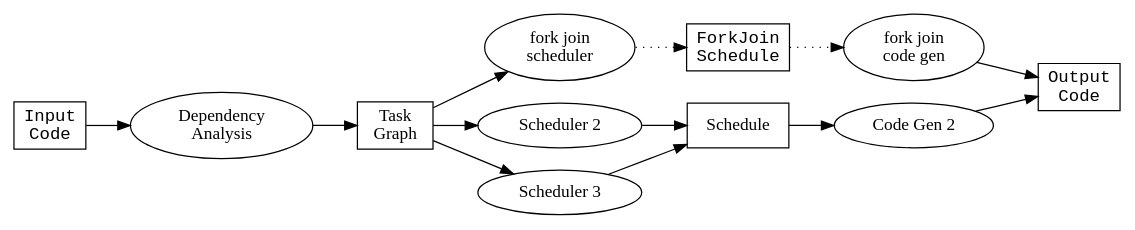
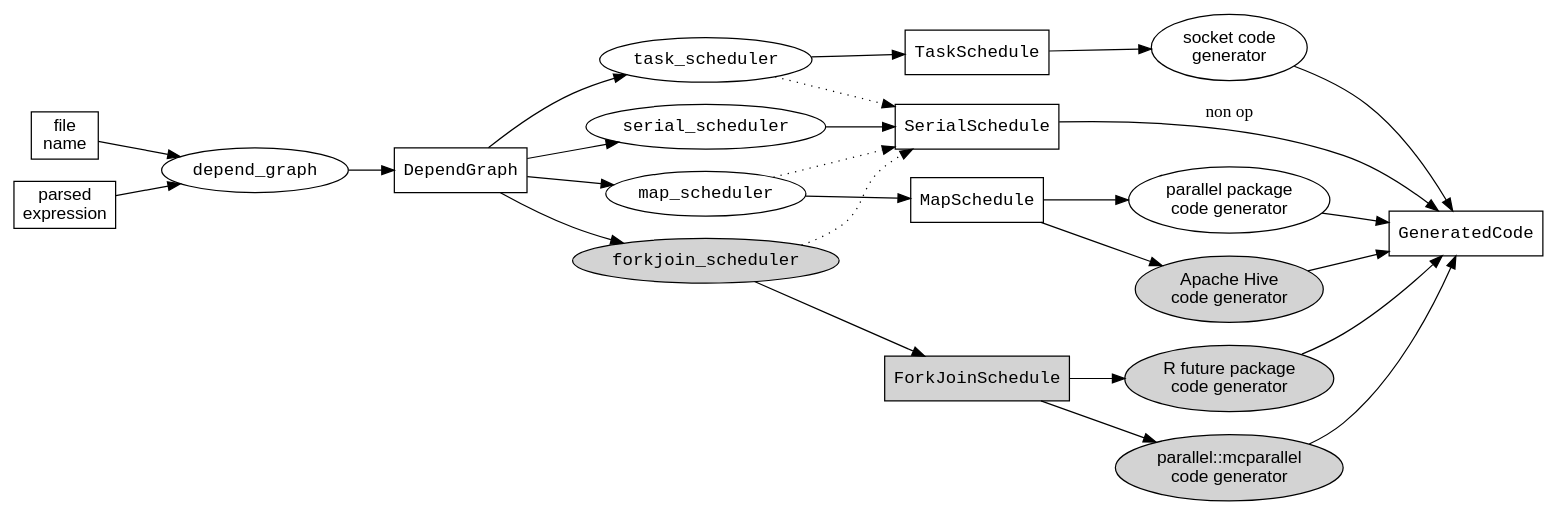
Before and after one commit to clarkfitzg/makeParallel: the diagram in vignettes/extensible.dot, drawn with Graphviz. The commit also changed 5 other files, not shown here.

Commit message:
improved scheduling graphs

```diff
--- a/vignettes/extensible.dot
+++ b/vignettes/extensible.dot
@@ -1,38 +1,72 @@
 digraph G {
 rankdir = LR;
-//rankdir = TB;
-
-//edge [fontname = "courier"];
 
 labeljust=right;
 
-node [shape = "rectangle"];
-input [label = "Input\nCode", fontname = "courier"];
-taskgraph [label = "Task\nGraph"];
-schedule [label = "Schedule"];
-fork_join_schedule [label = "ForkJoin\nSchedule", fontname = "courier"];
-output [label = "Output\nCode", fontname = "courier"];
+node [shape = "rectangle", fontname = "arial"];
+//------------------------------------------------------------
+file_name [label = "file\nname"];
+parsed_expression [label = "parsed\nexpression"];
 
-node [shape = "oval"];
-dependency [label = "Dependency\nAnalysis"];
-schedule_algo1 [label = "fork join\nscheduler"];
-schedule_algo2 [label = "Scheduler 2"];
-schedule_algo3 [label = "Scheduler 3"];
-code_generator1 [label = "fork join\ncode gen"];
-code_generator2 [label = "Code Gen 2"];
+node [shape = "rectangle", fontname = "courier"];
+//------------------------------------------------------------
+DependGraph;
+TaskSchedule;
+MapSchedule;
+SerialSchedule;
+GeneratedCode;
 
-input -> dependency;
-dependency -> taskgraph;
-taskgraph -> schedule_algo1;
-taskgraph -> schedule_algo2;
-taskgraph -> schedule_algo3;
-schedule_algo2 -> schedule;
-schedule_algo3 -> schedule;
-schedule -> code_generator2;
-code_generator1 -> output;
-code_generator2 -> output;
+node [shape = "oval", fontname = "arial"];
+//------------------------------------------------------------
+socket_code_generator [label = "socket code\ngenerator"];
+parallel_package_code_generator [label = "parallel package\ncode generator"];
+
+node [shape = "oval", fontname = "courier"];
+//------------------------------------------------------------
+depend_graph;
+serial_scheduler;
+task_scheduler;
+map_scheduler;
+serial_scheduler;
+
+node [style = "filled", shape = "oval", fontname = "courier"];
+//------------------------------------------------------------
+forkjoin_scheduler;
+ForkJoinSchedule [shape = "rectangle"];
+
+node [fontname = "arial"];
+hive_code_generator [label = "Apache Hive\ncode generator"];
+future_code_generator [label = "R future package\ncode generator"];
+mcparallel_code_generator [label = "parallel::mcparallel\ncode generator"];
+
+
+file_name -> depend_graph;
+parsed_expression -> depend_graph;
+depend_graph -> DependGraph;
+DependGraph -> task_scheduler;
+DependGraph -> map_scheduler;
+DependGraph -> serial_scheduler;
+DependGraph -> forkjoin_scheduler;
+task_scheduler -> TaskSchedule;
+serial_scheduler -> SerialSchedule;
+map_scheduler -> MapSchedule;
+SerialSchedule -> GeneratedCode [label = "non op"];
+TaskSchedule -> socket_code_generator;
+MapSchedule -> parallel_package_code_generator;
+MapSchedule -> hive_code_generator;
+hive_code_generator -> GeneratedCode;
+socket_code_generator -> GeneratedCode;
+parallel_package_code_generator -> GeneratedCode;
+forkjoin_scheduler -> ForkJoinSchedule;
+ForkJoinSchedule -> future_code_generator;
+ForkJoinSchedule -> mcparallel_code_generator;
+future_code_generator -> GeneratedCode;
+mcparallel_code_generator -> GeneratedCode;
 
 // Bypass
-schedule_algo1 -> fork_join_schedule [style = "dotted"];
-fork_join_schedule -> code_generator1 [style = "dotted"];
+edge [style = "dotted"];
+//------------------------------------------------------------
+task_scheduler -> SerialSchedule;
+map_scheduler -> SerialSchedule;
+forkjoin_scheduler -> SerialSchedule;
 }
```
